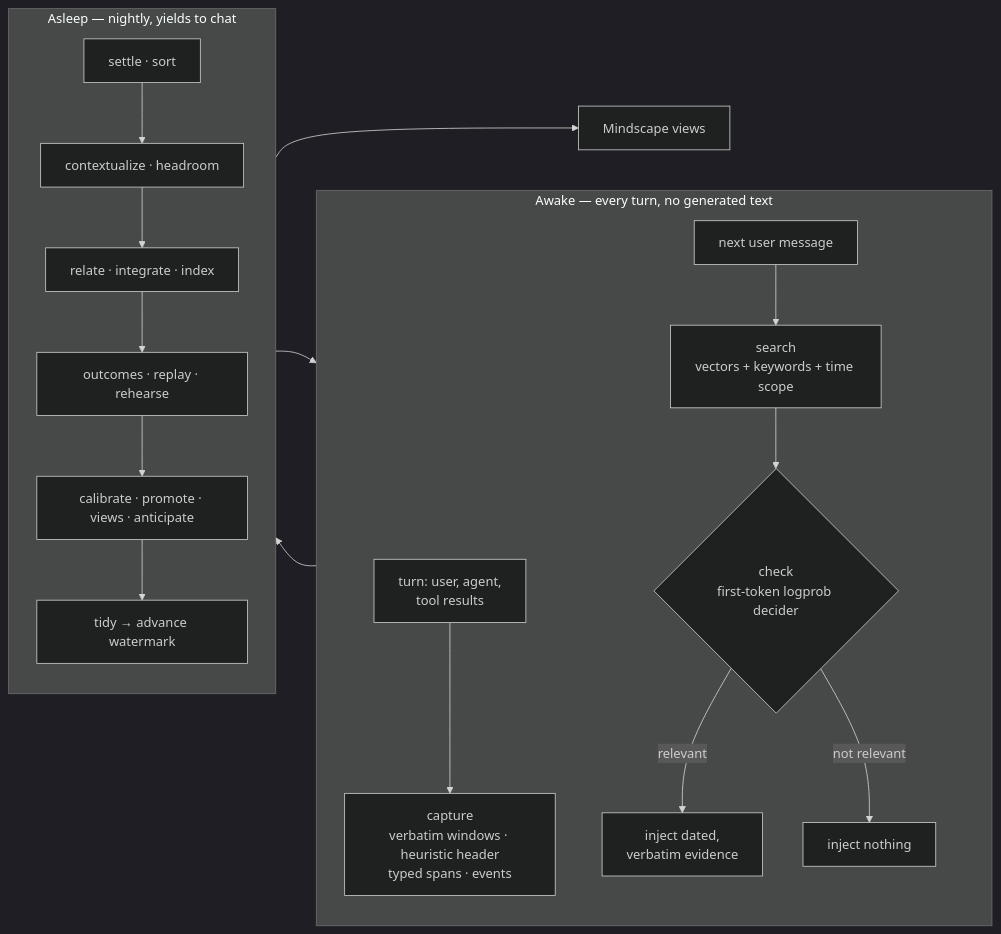
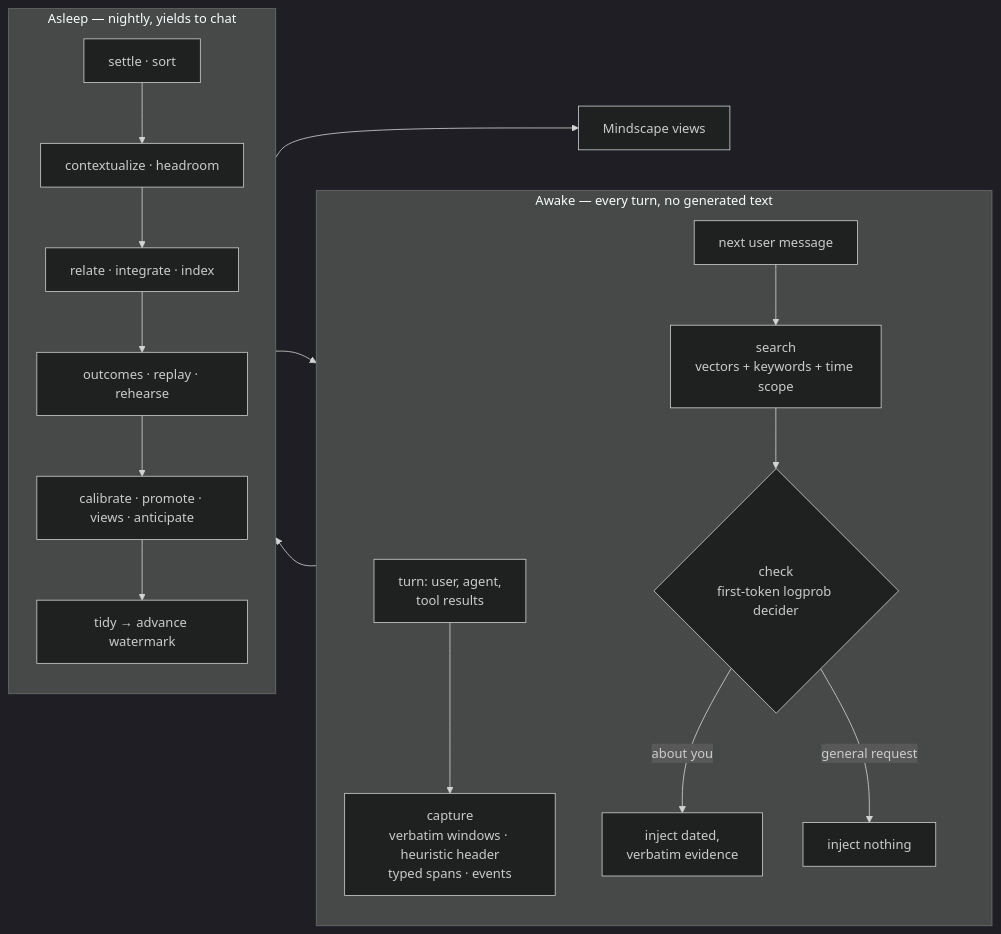
Before and after one commit to jbpayton/hermes-sophia: the diagram in README.md, drawn with Mermaid (dark theme). The commit also changed other lines of this file and 67 other files, not shown here.

````diff
--- a/README.md
+++ b/README.md
@@ -196,22 +204,22 @@
 ```mermaid
 flowchart LR
   subgraph awake["Awake — every turn, no generated text"]
     direction TB
     T["turn: user, agent,<br/>tool results"] --> C["capture<br/>verbatim windows · heuristic header<br/>typed spans · events"]
     Q["next user message"] --> R["search<br/>vectors + keywords + time scope"]
     R --> G{"check<br/>first-token logprob decider"}
-    G -- "relevant" --> I["inject dated,<br/>verbatim evidence"]
-    G -- "not relevant" --> N["inject nothing"]
+    G -- "about you" --> I["inject dated,<br/>verbatim evidence"]
+    G -- "general request" --> N["inject nothing"]
   end
   subgraph asleep["Asleep — nightly, yields to chat"]
     direction TB
     S["settle · sort"] --> U["contextualize · headroom"]
     U --> K["relate · integrate · index"]
     K --> D["outcomes · replay · rehearse"]
     D --> O["calibrate · promote · views · anticipate"]
     O --> X["tidy → advance watermark"]
   end
   C --> asleep
   asleep --> R
   asleep --> M["Mindscape views"]
 ```
````
